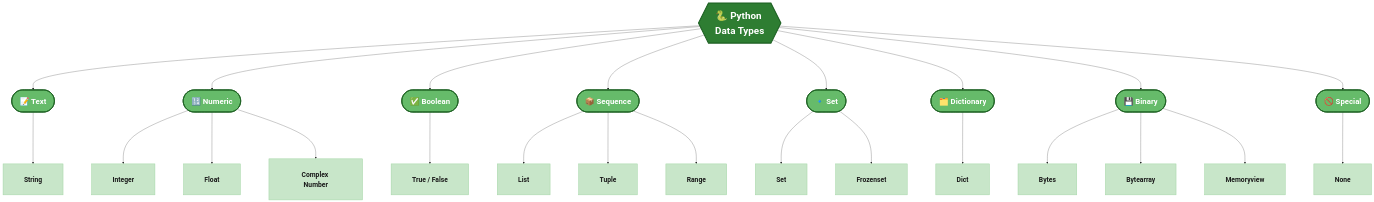
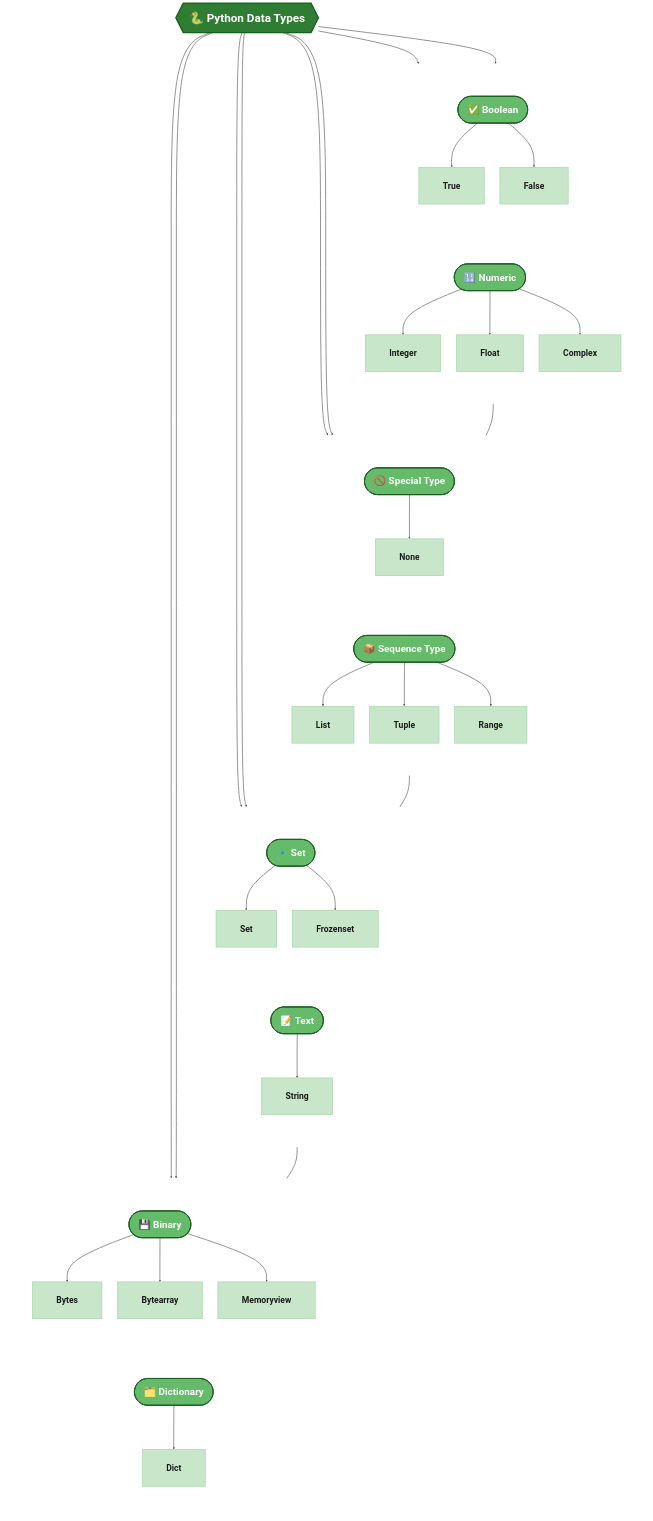
The first of 9 diagrams in 01_ Python_For_ Agentic_ Ai/01 Data types/Readme.md (maliksiddiq/learning-agentic-ai), drawn with Mermaid before and after one commit. The commit also changed other lines of this file, not shown here.

Commit message:
Data_types_Guide!

````diff
--- a/01_ Python_For_ Agentic_ Ai/01 Data types/Readme.md
+++ b/01_ Python_For_ Agentic_ Ai/01 Data types/Readme.md
@@ -22,45 +22,92 @@
 ```mermaid
-%%{init: {'theme': 'base', 'themeVariables': {'background': '#F2F2F2', 'primaryColor': '#C8E6C9', 'primaryTextColor': '#1B1B1B', 'primaryBorderColor': '#A5D6A7', 'lineColor': '#333333', 'fontSize': '30px', 'fontFamily': 'Segoe UI, Arial, sans-serif'}, 'flowchart': {'useMaxWidth': false, 'htmlLabels': true, 'nodeSpacing': 110, 'rankSpacing': 180, 'curve': 'basis', 'padding': 40} } }%%
+%%{init: {'theme': 'base', 'themeVariables': {'background': '#F7F7F7', 'primaryColor': '#C8E6C9', 'primaryTextColor': '#1B1B1B', 'primaryBorderColor': '#A5D6A7', 'lineColor': '#5B5B5B', 'fontSize': '38px', 'fontFamily': 'Segoe UI, Arial, sans-serif'}, 'flowchart': {'useMaxWidth': true, 'htmlLabels': true, 'wrappingWidth': 600, 'nodeSpacing': 60, 'rankSpacing': 120, 'curve': 'basis', 'padding': 46} } }%%
 flowchart TB
     ROOT{{"🐍 Python Data Types"}}
 
-    ROOT --> TEXT(["📝 Text"])
-    ROOT --> NUM(["🔢 Numeric"])
-    ROOT --> BOOL(["✅ Boolean"])
-    ROOT --> SEQ(["📦 Sequence"])
-    ROOT --> SET(["🔹 Set"])
-    ROOT --> MAP(["🗂️ Dictionary"])
-    ROOT --> BIN(["💾 Binary"])
-    ROOT --> SPEC(["🚫 Special"])
+    subgraph ROW1[ ]
+    direction LR
+        subgraph G_NUM[ ]
+        direction TB
+            NUM(["🔢 Numeric"])
+            NUM --> int["Integer"]
+            NUM --> flt["Float"]
+            NUM --> cplx["Complex"]
+        end
+        subgraph G_BOOL[ ]
+        direction TB
+            BOOL(["✅ Boolean"])
+            BOOL --> btrue["True"]
+            BOOL --> bfalse["False"]
+        end
+    end
 
-    TEXT --> str["String"]
+    subgraph ROW2[ ]
+    direction LR
+        subgraph G_SEQ[ ]
+        direction TB
+            SEQ(["📦 Sequence Type"])
+            SEQ --> lst["List"]
+            SEQ --> tpl["Tuple"]
+            SEQ --> rng["Range"]
+        end
+        subgraph G_SPEC[ ]
+        direction TB
+            SPEC(["🚫 Special Type"])
+            SPEC --> non["None"]
+        end
+    end
 
-    NUM --> int["Integer"]
-    NUM --> float["Float"]
-    NUM --> complexn["Complex Number"]
+    subgraph ROW3[ ]
+    direction LR
+        subgraph G_TEXT[ ]
+        direction TB
+            TEXT(["📝 Text"])
+            TEXT --> str["String"]
+        end
+        subgraph G_SET[ ]
+        direction TB
+            SET(["🔹 Set"])
+            SET --> st1["Set"]
+            SET --> fzs["Frozenset"]
+        end
+    end
 
-    BOOL --> booln["True / False"]
+    subgraph ROW4[ ]
+    direction LR
+        subgraph G_MAP[ ]
+        direction TB
+            MAP(["🗂️ Dictionary"])
+            MAP --> dct["Dict"]
+        end
+        subgraph G_BIN[ ]
+        direction TB
+            BIN(["💾 Binary"])
+            BIN --> byt["Bytes"]
+            BIN --> bya["Bytearray"]
+            BIN --> mvw["Memoryview"]
+        end
+    end
 
-    SEQ --> list["List"]
-    SEQ --> tuple["Tuple"]
-    SEQ --> range["Range"]
+    ROOT --> NUM
+    ROOT --> BOOL
+    ROOT --> SEQ
+    ROOT --> SPEC
+    ROOT --> TEXT
+    ROOT --> SET
+    ROOT --> MAP
+    ROOT --> BIN
 
-    SET --> set1["Set"]
-    SET --> frozenset["Frozenset"]
+    ROW1 ~~~ ROW2 ~~~ ROW3 ~~~ ROW4
 
-    MAP --> dict["Dict"]
-
-    BIN --> bytes["Bytes"]
-    BIN --> bytearray["Bytearray"]
-    BIN --> memoryview["Memoryview"]
-
-    SPEC --> none["None"]
-
-    classDef root fill:#2E7D32,color:#FFFFFF,stroke:#1B5E20,stroke-width:4px,font-weight:bold,font-size:38px
-    classDef category fill:#66BB6A,color:#FFFFFF,stroke:#1B5E20,stroke-width:3px,font-weight:bold,font-size:30px
-    classDef leaf fill:#C8E6C9,color:#1B1B1B,stroke:#A5D6A7,stroke-width:2px,font-weight:bold,font-size:26px
+    classDef root fill:#2E7D32,color:#FFFFFF,stroke:#1B5E20,stroke-width:5px,font-weight:bold,font-size:45px
+    classDef category fill:#66BB6A,color:#FFFFFF,stroke:#1B5E20,stroke-width:3.5px,font-weight:bold,font-size:38px
+    classDef leaf fill:#C8E6C9,color:#1B1B1B,stroke:#A5D6A7,stroke-width:2.5px,font-weight:bold,font-size:33px
+    classDef grp fill:transparent,stroke:transparent
 
     class ROOT root
-    class TEXT,NUM,BOOL,SEQ,SET,MAP,BIN,SPEC category
-    class str,int,float,complexn,booln,list,tuple,range,set1,frozenset,dict,bytes,bytearray,memoryview,none leaf
+    class NUM,BOOL,SEQ,SPEC,TEXT,SET,MAP,BIN category
+    class int,flt,cplx,btrue,bfalse,lst,tpl,rng,non,str,st1,fzs,dct,byt,bya,mvw leaf
+    class ROW1,ROW2,ROW3,ROW4,G_NUM,G_BOOL,G_SEQ,G_SPEC,G_TEXT,G_SET,G_MAP,G_BIN grp
+
+    linkStyle default stroke:#5B5B5B,stroke-width:2.5px
 ```
````
